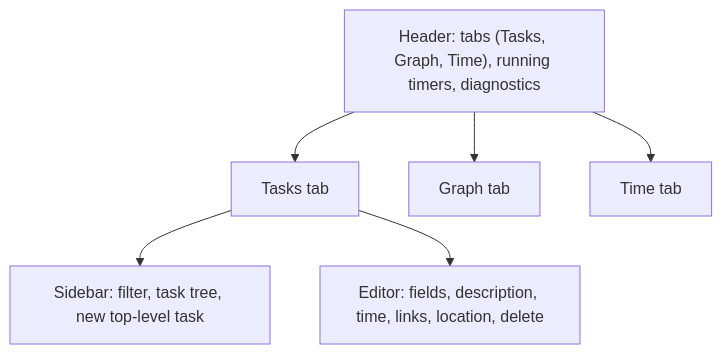
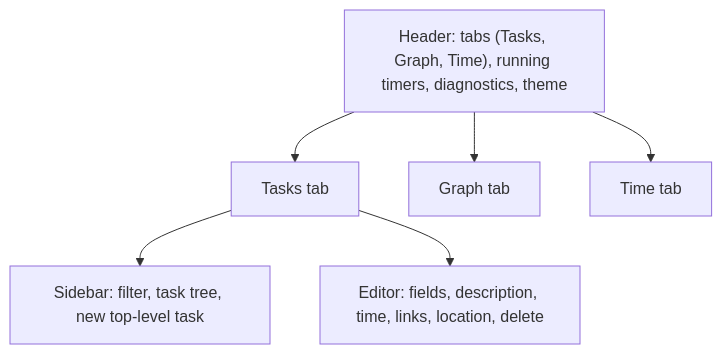
One commit to LMauricius/Plandown changed the first of 2 diagrams in Usage.md. Above: the diagram before and after it, drawn with Mermaid. The commit also changed other lines of this file and 4 other files, not shown here.

````diff
--- a/Usage.md
+++ b/Usage.md
@@ -22,9 +22,9 @@
 ```mermaid
 flowchart TB
-  H["Header: tabs (Tasks, Graph, Time), running timers, diagnostics"]
+  H["Header: tabs (Tasks, Graph, Time), running timers, diagnostics, theme"]
   H --> T[Tasks tab]
   H --> G[Graph tab]
   H --> M[Time tab]
   T --> S["Sidebar: filter, task tree, new top-level task"]
   T --> E["Editor: fields, description, time, links, location, delete"]
 ```
````
